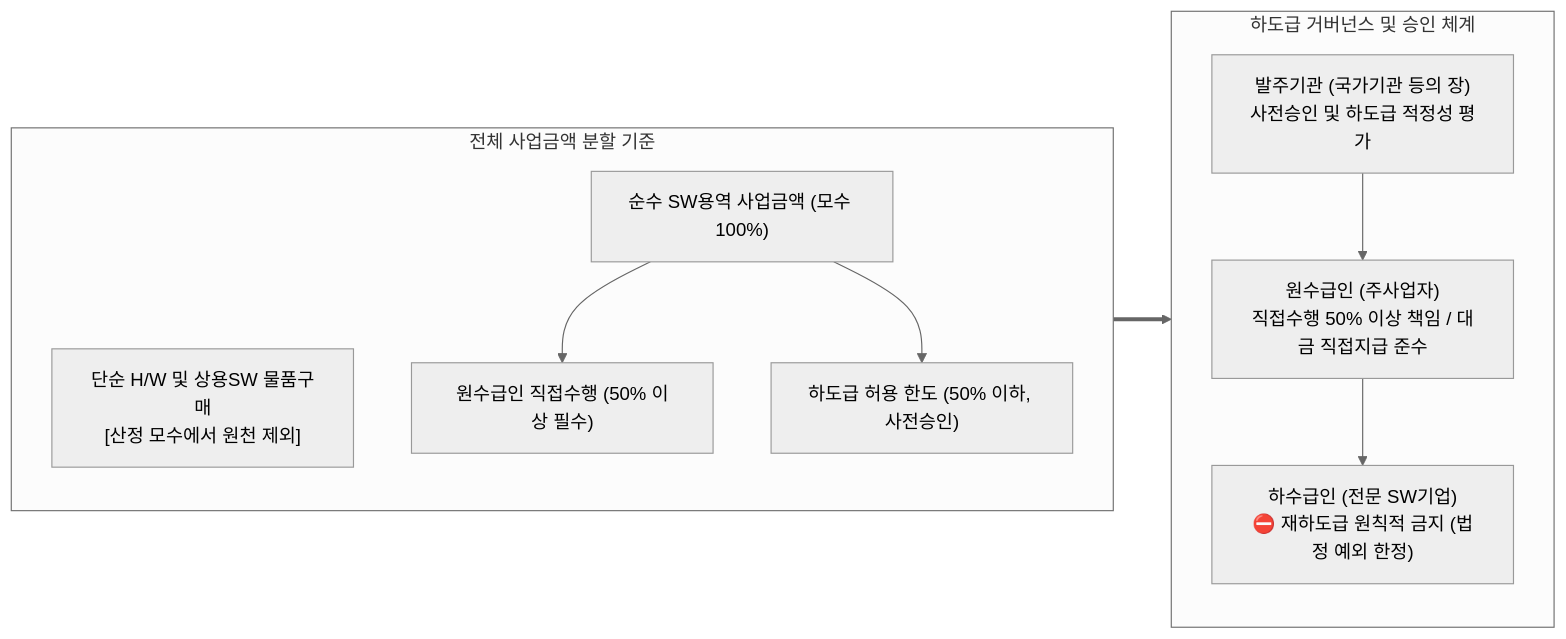
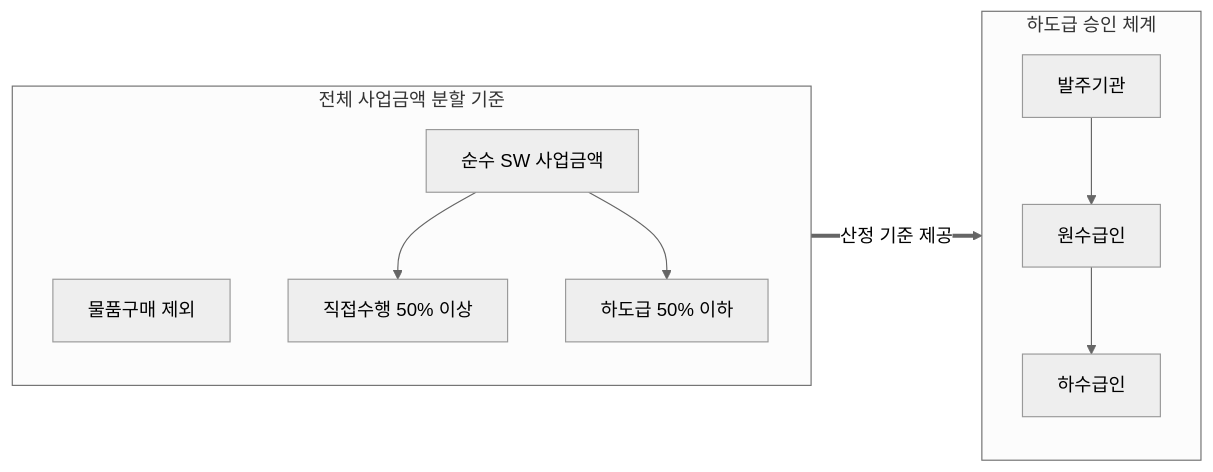
Before and after one commit to agnusdei1207/study: the third of 3 diagrams in src/content/docs/notes/itpe/01-it-strategy/097_software_industry_subcontracting_structure.md, drawn with Mermaid (neutral theme). The commit also changed other lines of this file and 18 other files, not shown here.

````diff
--- a/src/content/docs/notes/itpe/01-it-strategy/097_software_industry_subcontracting_structure.md
+++ b/src/content/docs/notes/itpe/01-it-strategy/097_software_industry_subcontracting_structure.md
@@ -143,18 +131,15 @@
 ```mermaid
 flowchart LR
     subgraph BASIS["전체 사업금액 분할 기준"]
-        B1["단순 H/W 및 상용SW 물품구매<br/>[산정 모수에서 원천 제외]"]
-        B2["순수 SW용역 사업금액 (모수 100%)"]
-        B3["원수급인 직접수행 (50% 이상 필수)"]
-        B4["하도급 허용 한도 (50% 이하, 사전승인)"]
+        B1["물품구매 제외"]
+        B2["순수 SW 사업금액"]
+        B3["직접수행 50% 이상"]
+        B4["하도급 50% 이하"]
         B2 --> B3
         B2 --> B4
     end
-    subgraph ACTORS["하도급 거버넌스 및 승인 체계"]
-        A1["발주기관 (국가기관 등의 장)<br/>사전승인 및 하도급 적정성 평가"]
-        A2["원수급인 (주사업자)<br/>직접수행 50% 이상 책임 / 대금 직접지급 준수"]
-        A3["하수급인 (전문 SW기업)<br/>⛔ 재하도급 원칙적 금지 (법정 예외 한정)"]
-        A1 --> A2 --> A3
+    subgraph ACTORS["하도급 승인 체계"]
+        A1["발주기관"] --> A2["원수급인"] --> A3["하수급인"]
     end
-    BASIS ==> ACTORS
+    BASIS ==>|산정 기준 제공| ACTORS
 ```
````
